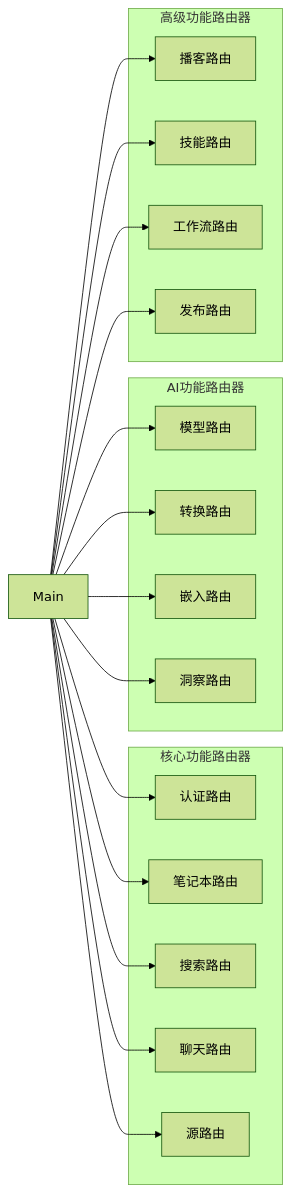
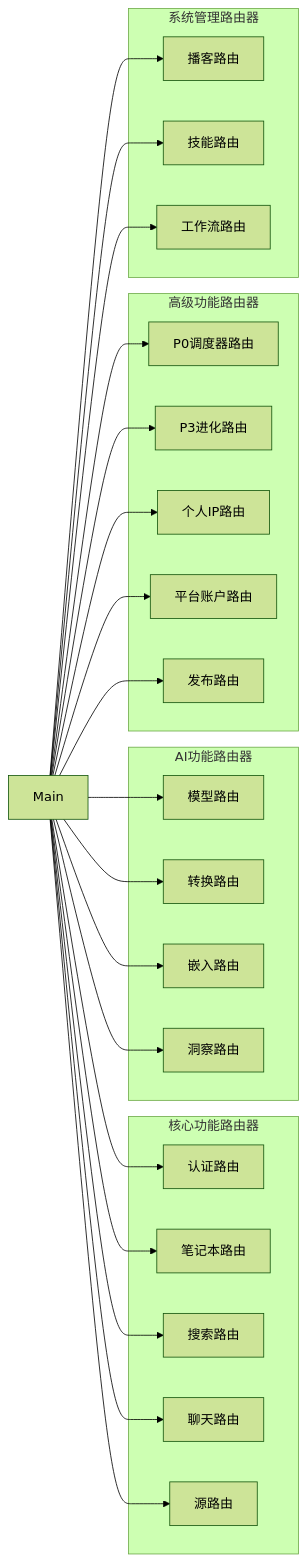
One commit to jackeyunjie/open-notebook changed the second of 17 diagrams in .qoder/repowiki/zh/content/API集成.md. Above: the diagram before and after it, drawn with Mermaid (forest theme). The commit also changed other lines of this file and 51 other files, not shown here.

First line of the commit message:
feat: Launch Weekly Evolution Scheduler

````diff
--- a/.qoder/repowiki/zh/content/API集成.md
+++ b/.qoder/repowiki/zh/content/API集成.md
@@ -96,35 +116,45 @@
 ```mermaid
 graph LR
 subgraph "核心功能路由器"
 AuthR[认证路由]
 NotebookR[笔记本路由]
 SearchR[搜索路由]
 ChatR[聊天路由]
 SourceR[源路由]
 end
 subgraph "AI功能路由器"
 ModelR[模型路由]
 TransformR[转换路由]
 EmbedR[嵌入路由]
 InsightR[洞察路由]
 end
 subgraph "高级功能路由器"
+P0SchedulerR[P0调度器路由]
+P3EvolutionR[P3进化路由]
+PersonalIPR[个人IP路由]
+PlatformAccountsR[平台账户路由]
+PublishR[发布路由]
+end
+subgraph "系统管理路由器"
 PodcastR[播客路由]
 SkillR[技能路由]
 WorkflowR[工作流路由]
-PublishR[发布路由]
 end
 Main --> AuthR
 Main --> NotebookR
 Main --> SearchR
 Main --> ChatR
 Main --> SourceR
 Main --> ModelR
 Main --> TransformR
 Main --> EmbedR
 Main --> InsightR
+Main --> P0SchedulerR
+Main --> P3EvolutionR
+Main --> PersonalIPR
+Main --> PlatformAccountsR
+Main --> PublishR
 Main --> PodcastR
 Main --> SkillR
 Main --> WorkflowR
-Main --> PublishR
 ```
````
